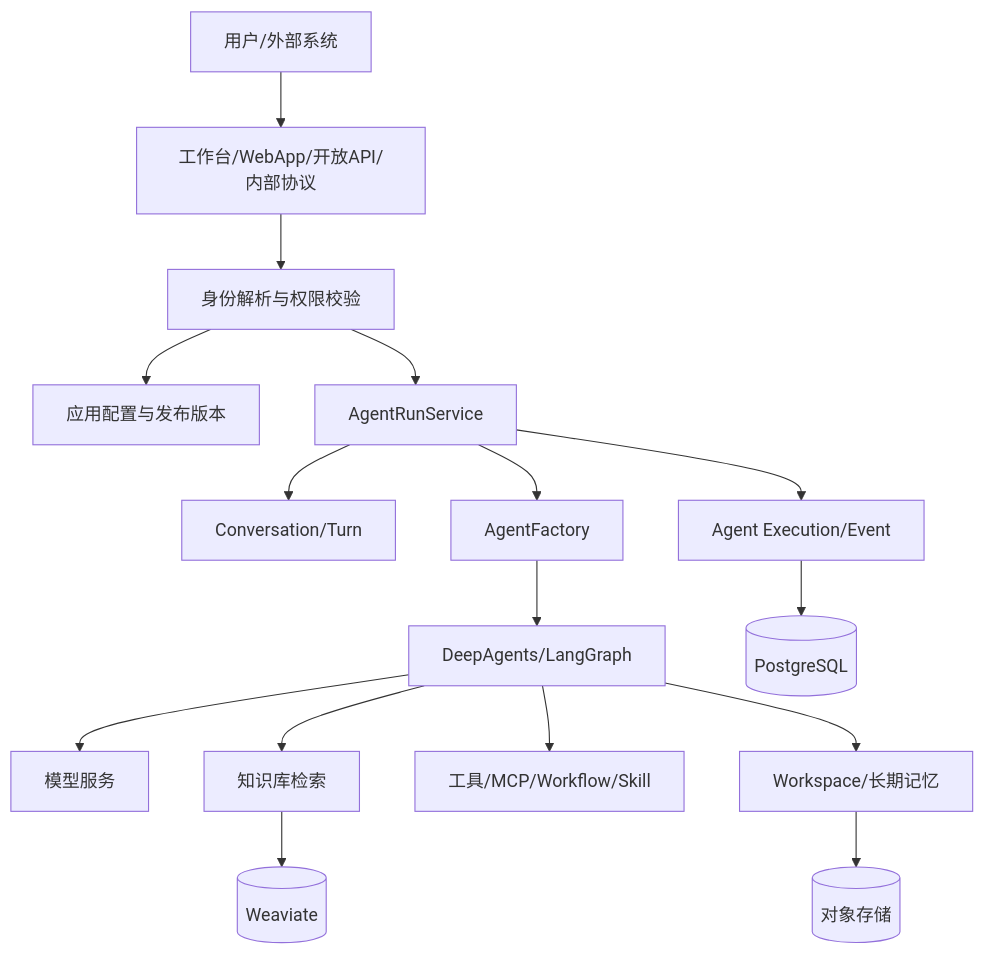
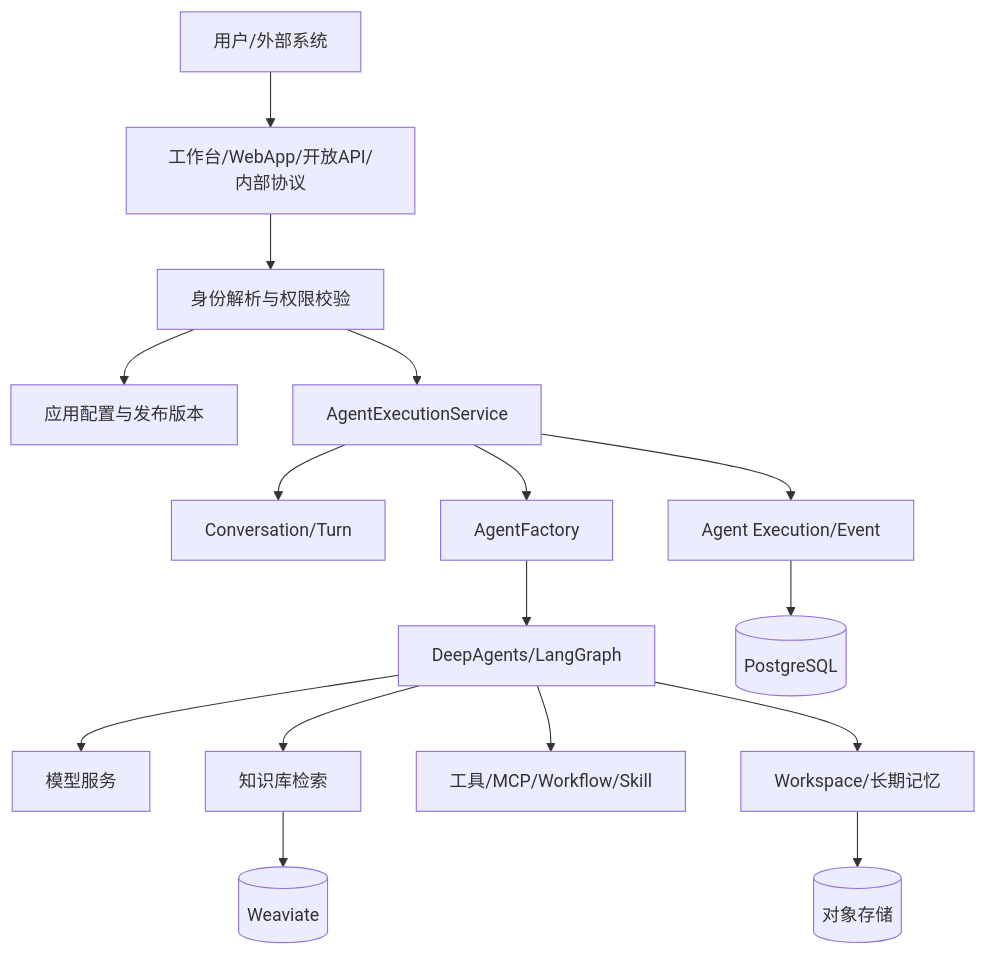
The diagram in docs/platform/00-平台总览.md (xiaomingtx12/niceagent), drawn with Mermaid before and after one commit. The commit also changed other lines of this file and 53 other files, not shown here.

First line of the commit message:
feat: Add comprehensive documentation for NiceAgent platform and architecture evolution

````diff
--- a/docs/platform/00-平台总览.md
+++ b/docs/platform/00-平台总览.md
@@ -20,18 +26,18 @@
 ```mermaid
 flowchart TB
     User[用户/外部系统] --> Entry[工作台/WebApp/开放API/内部协议]
     Entry --> Auth[身份解析与权限校验]
     Auth --> App[应用配置与发布版本]
-    Auth --> Run[AgentRunService]
+    Auth --> Run[AgentExecutionService]
     Run --> Conv[Conversation/Turn]
     Run --> Exec[Agent Execution/Event]
     Run --> Factory[AgentFactory]
     Factory --> Core[DeepAgents/LangGraph]
     Core --> LLM[模型服务]
     Core --> RAG[知识库检索]
     Core --> Tools[工具/MCP/Workflow/Skill]
     Core --> Files[Workspace/长期记忆]
     Exec --> DB[(PostgreSQL)]
     RAG --> Vec[(Weaviate)]
     Files --> Obj[(对象存储)]
 ```
````
